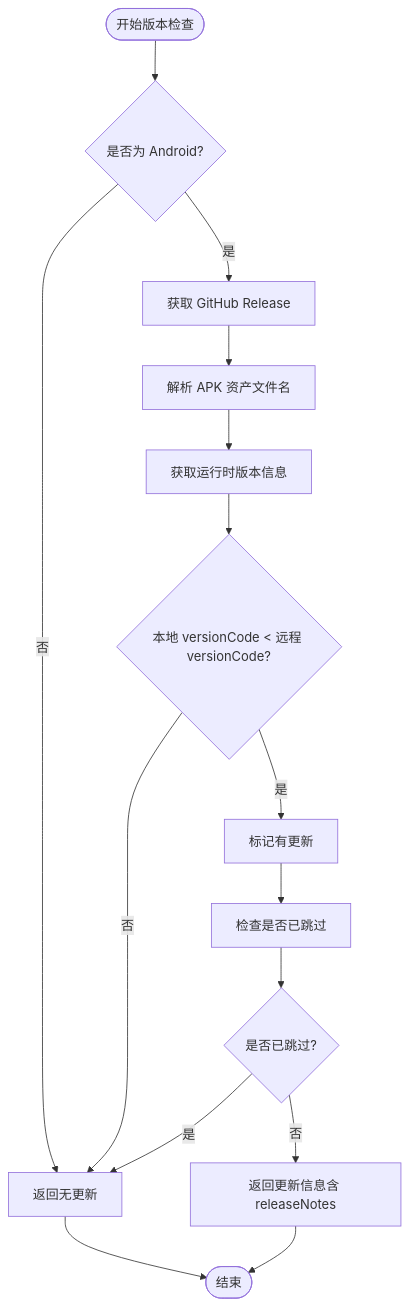
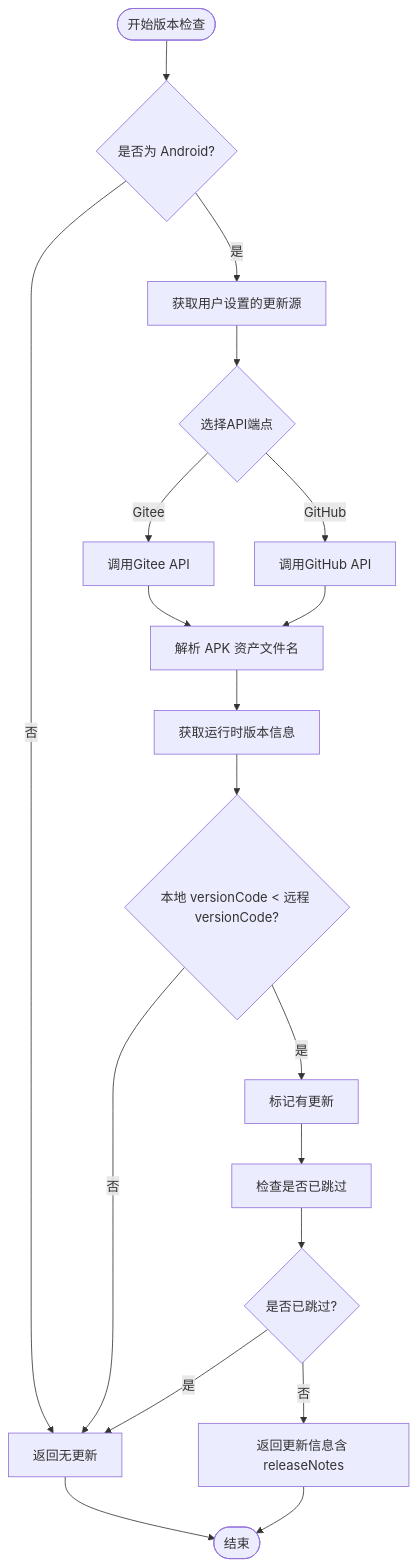
The fourth of 7 diagrams in .qoder/repowiki/zh/content/核心功能模块/应用程序更新系统.md (tea4go/Macro-Deck-Client-App), drawn with Mermaid before and after one commit. The commit also changed other lines of this file and 47 other files, not shown here.

````diff
--- a/.qoder/repowiki/zh/content/核心功能模块/应用程序更新系统.md
+++ b/.qoder/repowiki/zh/content/核心功能模块/应用程序更新系统.md
@@ -249,17 +289,21 @@
 ```mermaid
 flowchart TD
 Start([开始版本检查]) --> Platform{是否为 Android?}
 Platform --> |否| NoUpdate[返回无更新]
-Platform --> |是| Fetch[获取 GitHub Release]
-Fetch --> Parse[解析 APK 资产文件名]
+Platform --> |是| GetSource[获取用户设置的更新源]
+GetSource --> SelectAPI{选择API端点}
+SelectAPI --> |Gitee| GiteeAPI[调用Gitee API]
+SelectAPI --> |GitHub| GitHubAPI[调用GitHub API]
+GiteeAPI --> Parse[解析 APK 资产文件名]
+GitHubAPI --> Parse
 Parse --> GetRuntime[获取运行时版本信息]
 GetRuntime --> Compare{本地 versionCode < 远程 versionCode?}
 Compare --> |是| HasUpdate[标记有更新]
 Compare --> |否| NoUpdate
 HasUpdate --> SkipCheck[检查是否已跳过]
 SkipCheck --> Skipped{是否已跳过?}
 Skipped --> |是| NoUpdate
 Skipped --> |否| ReturnInfo[返回更新信息含 releaseNotes]
 NoUpdate --> End([结束])
 ReturnInfo --> End
 ```
````
